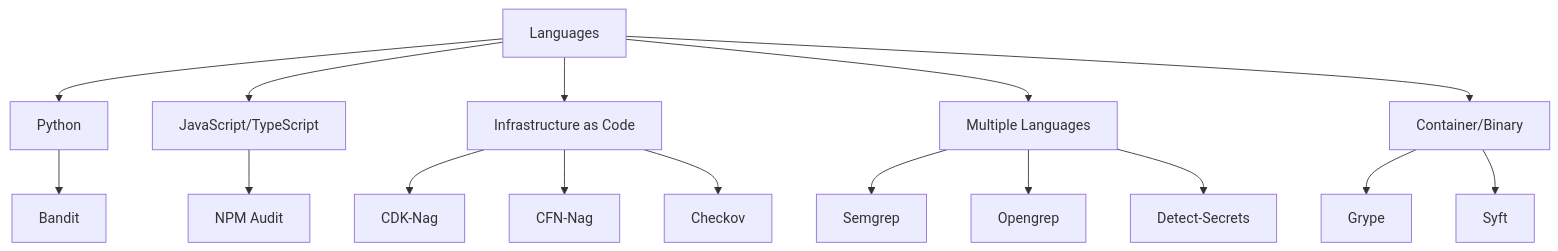
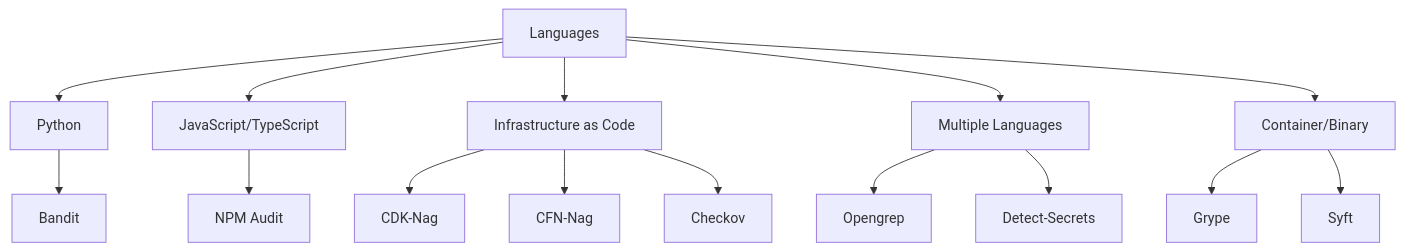
One commit to awslabs/automated-security-helper changed the sixth of 9 diagrams in docs/content/docs/plugins/builtin/scanners-diagrams.md. Above: the diagram before and after it, drawn with Mermaid. The commit also changed other lines of this file and 74 other files, not shown here.

````diff
--- a/docs/content/docs/plugins/builtin/scanners-diagrams.md
+++ b/docs/content/docs/plugins/builtin/scanners-diagrams.md
@@ -179,23 +174,22 @@
 ```mermaid
 flowchart TD
     A[Languages] --> B[Python]
     A --> C[JavaScript/TypeScript]
     A --> D[Infrastructure as Code]
     A --> E[Multiple Languages]
     A --> F[Container/Binary]
 
     B --> G[Bandit]
 
     C --> H[NPM Audit]
 
     D --> I[CDK-Nag]
     D --> J[CFN-Nag]
     D --> K[Checkov]
 
-    E --> L[Semgrep]
     E --> M[Opengrep]
     E --> N[Detect-Secrets]
 
     F --> O[Grype]
     F --> P[Syft]
 ```
````
